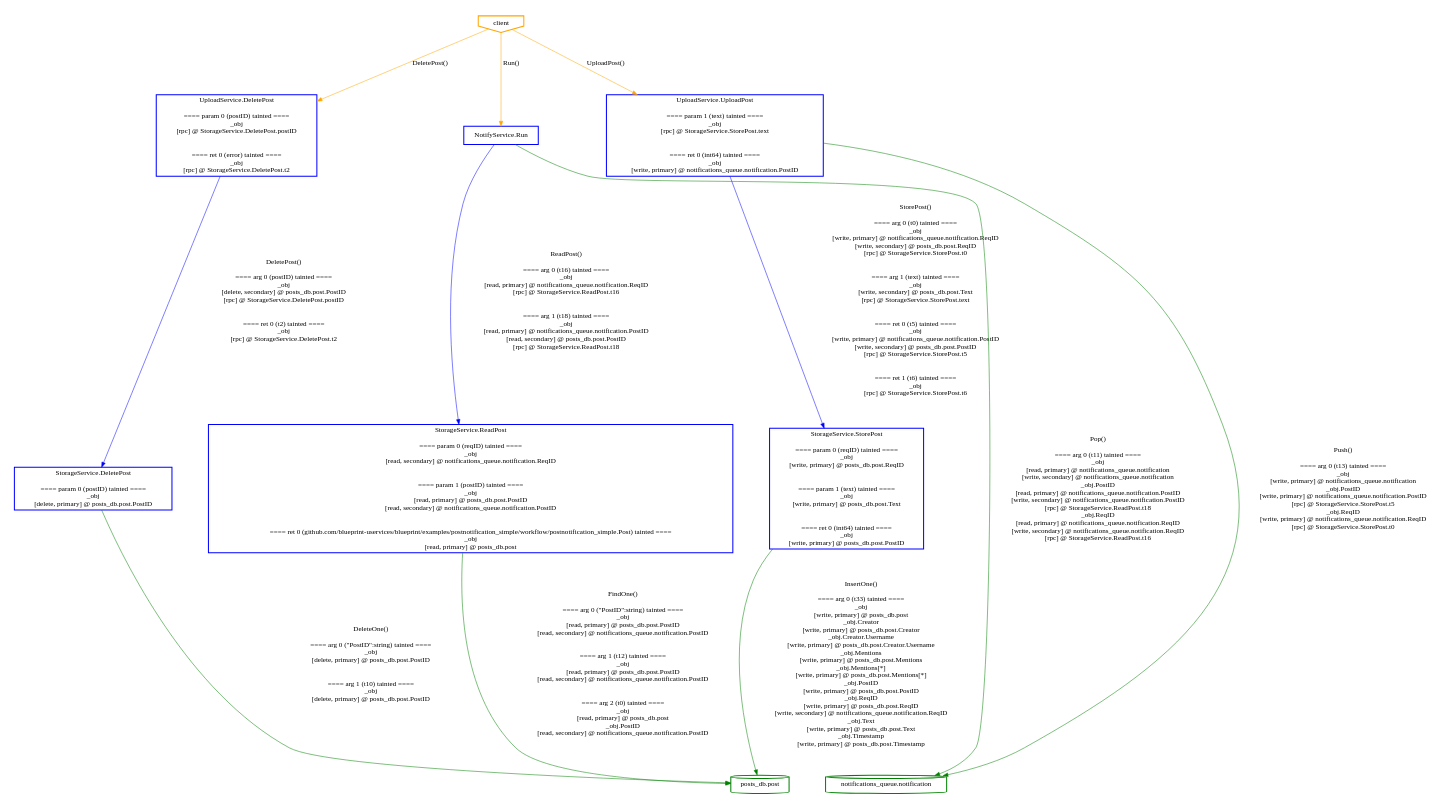
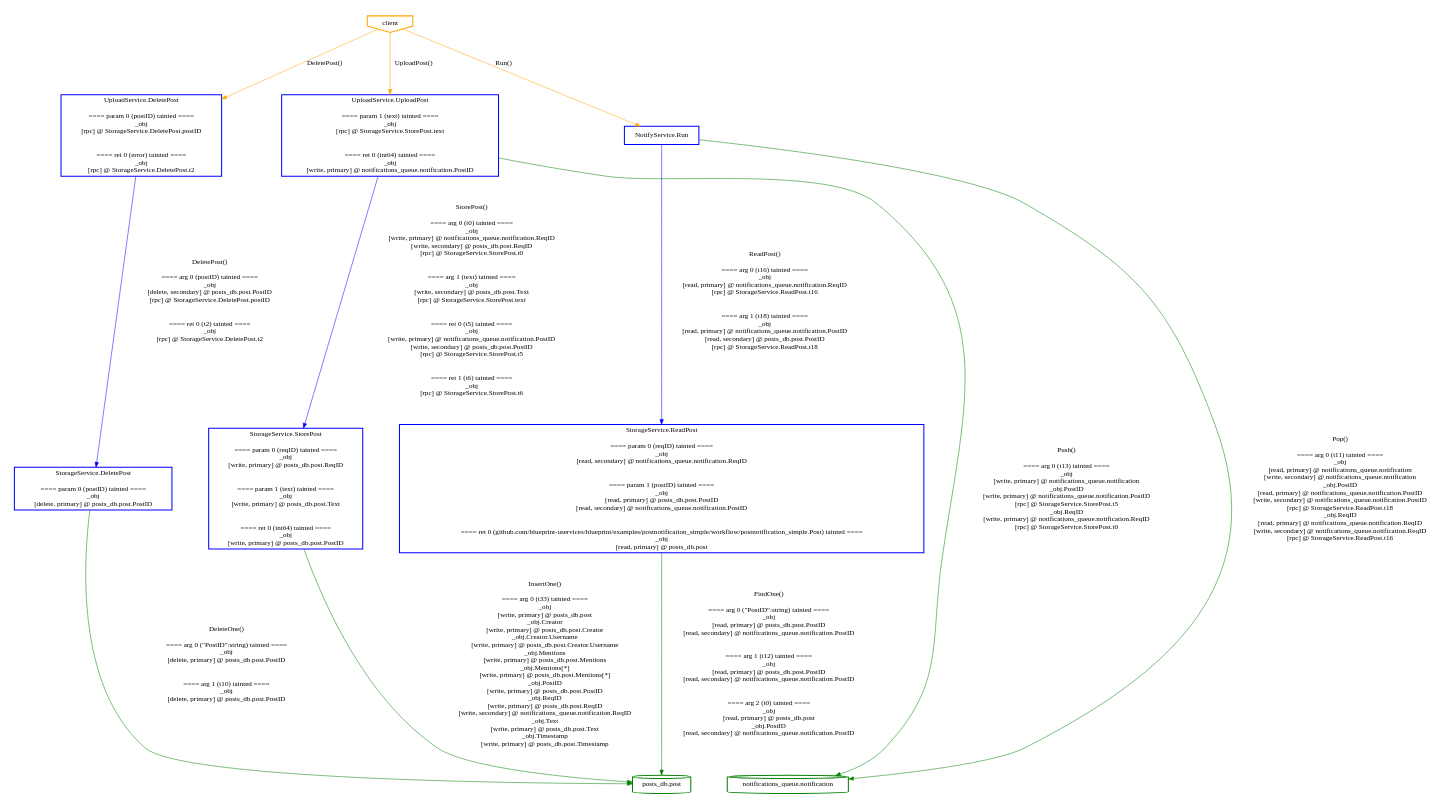
Before and after one commit to aletheia-microservices/aletheia: the diagram in ssa_analysis/analyzer/output/postnotification_simple/abstractcallgraph_detailed.dot, drawn with Graphviz. The commit also changed other lines of this file and 1260 other files, not shown here.

Commit message:
chore(apps): add untainted ssa graphs and update trainticket results

```diff
--- a/ssa_analysis/analyzer/output/postnotification_simple/abstractcallgraph_detailed.dot
+++ b/ssa_analysis/analyzer/output/postnotification_simple/abstractcallgraph_detailed.dot
@@ -8,11 +8,16 @@
 	}
 	subgraph cluster_services {
 		style=invis;
-		N_StorageService_DeletePost [label="StorageService.DeletePost
+		N_UploadService_DeletePost [label="UploadService.DeletePost
 
 ==== param 0 (postID) tainted ====
 _obj
-[delete, primary] @ posts_db.post.PostID
+[rpc] @ StorageService.DeletePost.postID
+
+
+==== ret 0 (error) tainted ====
+_obj
+[rpc] @ StorageService.DeletePost.t2
 ", style=bold, shape=box, color="blue"];
 		N_UploadService_UploadPost [label="UploadService.UploadPost
 
@@ -24,33 +29,6 @@
 ==== ret 0 (int64) tainted ====
 _obj
 [write, primary] @ notifications_queue.notification.PostID
-", style=bold, shape=box, color="blue"];
-		N_UploadService_DeletePost [label="UploadService.DeletePost
-
-==== param 0 (postID) tainted ====
-_obj
-[rpc] @ StorageService.DeletePost.postID
-
-
-==== ret 0 (error) tainted ====
-_obj
-[rpc] @ StorageService.DeletePost.t2
-", style=bold, shape=box, color="blue"];
-		N_StorageService_StorePost [label="StorageService.StorePost
-
-==== param 0 (reqID) tainted ====
-_obj
-[write, primary] @ posts_db.post.ReqID
-
-
-==== param 1 (text) tainted ====
-_obj
-[write, primary] @ posts_db.post.Text
-
-
-==== ret 0 (int64) tainted ====
-_obj
-[write, primary] @ posts_db.post.PostID
 ", style=bold, shape=box, color="blue"];
 		N_NotifyService_Run [label="NotifyService.Run", style=bold, shape=box, color="blue"];
 		N_StorageService_ReadPost [label="StorageService.ReadPost
@@ -70,12 +48,84 @@
 _obj
 [read, primary] @ posts_db.post
 ", style=bold, shape=box, color="blue"];
+		N_StorageService_DeletePost [label="StorageService.DeletePost
+
+==== param 0 (postID) tainted ====
+_obj
+[delete, primary] @ posts_db.post.PostID
+", style=bold, shape=box, color="blue"];
+		N_StorageService_StorePost [label="StorageService.StorePost
+
+==== param 0 (reqID) tainted ====
+_obj
+[write, primary] @ posts_db.post.ReqID
+
+
+==== param 1 (text) tainted ====
+_obj
+[write, primary] @ posts_db.post.Text
+
+
+==== ret 0 (int64) tainted ====
+_obj
+[write, primary] @ posts_db.post.PostID
+", style=bold, shape=box, color="blue"];
 	}
 	subgraph cluster_databases {
 		style=invis;
 		N_posts_db_post [label="posts_db.post", style=bold, shape=cylinder, color="green"];
 		N_notifications_queue_notification [label="notifications_queue.notification", style=bold, shape=cylinder, color="green"];
 	}
+	N_client -> N_NotifyService_Run [label="Run()", color=orange];
+	N_NotifyService_Run -> N_notifications_queue_notification [label="Pop()
+
+==== arg 0 (t11) tainted ====
+_obj
+[read, primary] @ notifications_queue.notification
+[write, secondary] @ notifications_queue.notification
+_obj.PostID
+[read, primary] @ notifications_queue.notification.PostID
+[write, secondary] @ notifications_queue.notification.PostID
+[rpc] @ StorageService.ReadPost.t18
+_obj.ReqID
+[read, primary] @ notifications_queue.notification.ReqID
+[write, secondary] @ notifications_queue.notification.ReqID
+[rpc] @ StorageService.ReadPost.t16
+", color=green];
+	N_NotifyService_Run -> N_StorageService_ReadPost [label="ReadPost()
+
+==== arg 0 (t16) tainted ====
+_obj
+[read, primary] @ notifications_queue.notification.ReqID
+[rpc] @ StorageService.ReadPost.t16
+
+
+==== arg 1 (t18) tainted ====
+_obj
+[read, primary] @ notifications_queue.notification.PostID
+[read, secondary] @ posts_db.post.PostID
+[rpc] @ StorageService.ReadPost.t18
+", color=blue];
+	N_StorageService_ReadPost -> N_posts_db_post [label="FindOne()
+
+==== arg 0 (\"PostID\":string) tainted ====
+_obj
+[read, primary] @ posts_db.post.PostID
+[read, secondary] @ notifications_queue.notification.PostID
+
+
+==== arg 1 (t12) tainted ====
+_obj
+[read, primary] @ posts_db.post.PostID
+[read, secondary] @ notifications_queue.notification.PostID
+
+
+==== arg 2 (t0) tainted ====
+_obj
+[read, primary] @ posts_db.post
+_obj.PostID
+[read, secondary] @ notifications_queue.notification.PostID
+", color=green];
 	N_client -> N_UploadService_DeletePost [label="DeletePost()", color=orange];
 	N_UploadService_DeletePost -> N_StorageService_DeletePost [label="DeletePost()
 
@@ -162,54 +212,4 @@
 _obj.Timestamp
 [write, primary] @ posts_db.post.Timestamp
 ", color=green];
-	N_client -> N_NotifyService_Run [label="Run()", color=orange];
-	N_NotifyService_Run -> N_notifications_queue_notification [label="Pop()
-
-==== arg 0 (t11) tainted ====
-_obj
-[read, primary] @ notifications_queue.notification
-[write, secondary] @ notifications_queue.notification
-_obj.PostID
-[read, primary] @ notifications_queue.notification.PostID
-[write, secondary] @ notifications_queue.notification.PostID
-[rpc] @ StorageService.ReadPost.t18
-_obj.ReqID
-[read, primary] @ notifications_queue.notification.ReqID
-[write, secondary] @ notifications_queue.notification.ReqID
-[rpc] @ StorageService.ReadPost.t16
-", color=green];
-	N_NotifyService_Run -> N_StorageService_ReadPost [label="ReadPost()
-
-==== arg 0 (t16) tainted ====
-_obj
-[read, primary] @ notifications_queue.notification.ReqID
-[rpc] @ StorageService.ReadPost.t16
-
-
-==== arg 1 (t18) tainted ====
-_obj
-[read, primary] @ notifications_queue.notification.PostID
-[read, secondary] @ posts_db.post.PostID
-[rpc] @ StorageService.ReadPost.t18
-", color=blue];
-	N_StorageService_ReadPost -> N_posts_db_post [label="FindOne()
-
-==== arg 0 (\"PostID\":string) tainted ====
-_obj
-[read, primary] @ posts_db.post.PostID
-[read, secondary] @ notifications_queue.notification.PostID
-
-
-==== arg 1 (t12) tainted ====
-_obj
-[read, primary] @ posts_db.post.PostID
-[read, secondary] @ notifications_queue.notification.PostID
-
-
-==== arg 2 (t0) tainted ====
-_obj
-[read, primary] @ posts_db.post
-_obj.PostID
-[read, secondary] @ notifications_queue.notification.PostID
-", color=green];
 }
```
